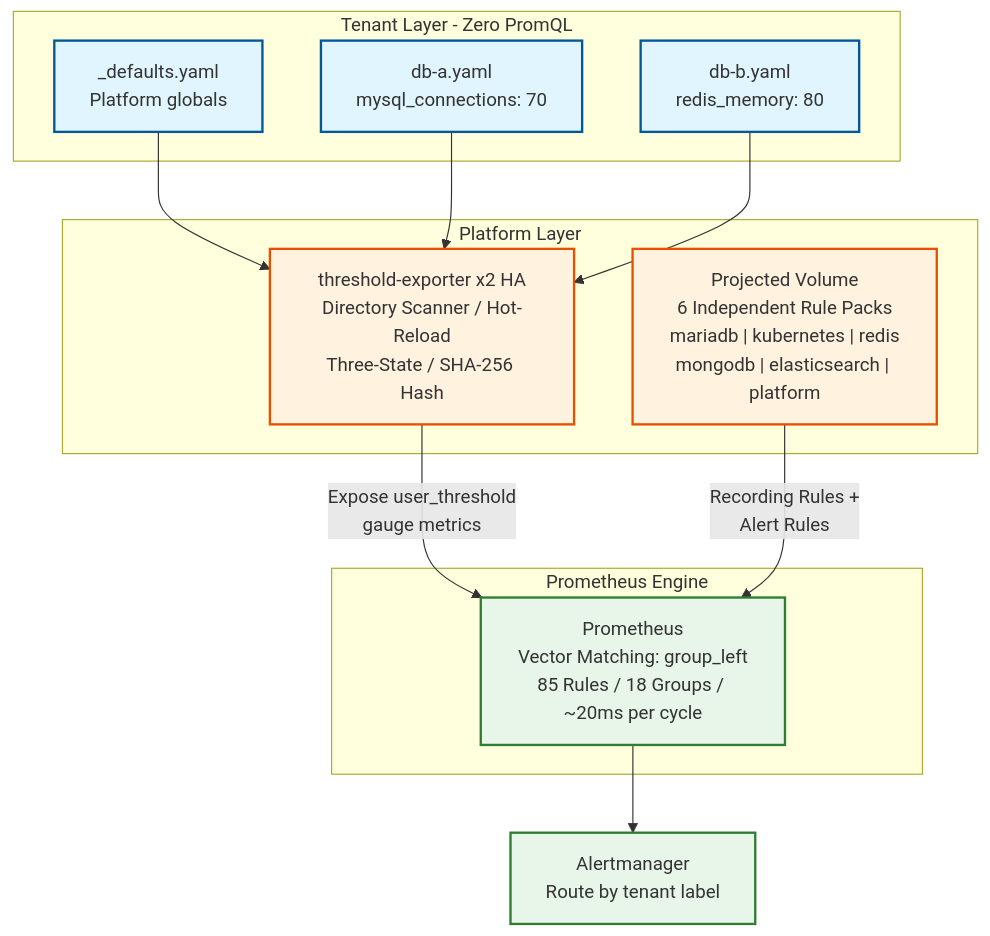
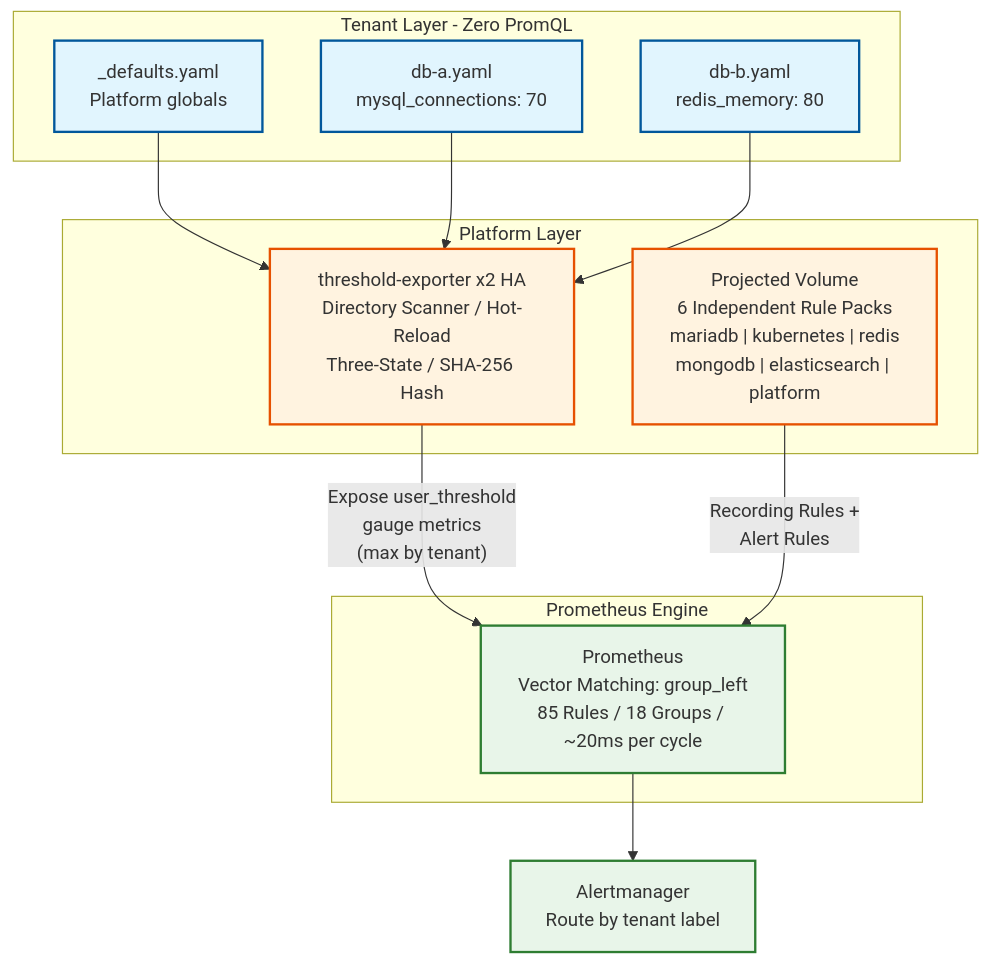
Before and after one commit to vencil/Dynamic-Alerting-Integrations: the second of 2 diagrams in README.md, drawn with Mermaid. The commit also changed 3 other files, not shown here.

````diff
--- a/README.md
+++ b/README.md
@@ -122,31 +122,31 @@
 ```mermaid
 graph TD
     subgraph TL["Tenant Layer - Zero PromQL"]
         D["_defaults.yaml<br/>Platform globals"]
         T1["db-a.yaml<br/>mysql_connections: 70"]
         T2["db-b.yaml<br/>redis_memory: 80"]
     end
 
     subgraph PL["Platform Layer"]
         TE["threshold-exporter x2 HA<br/>Directory Scanner / Hot-Reload<br/>Three-State / SHA-256 Hash"]
         RP["Projected Volume<br/>6 Independent Rule Packs<br/>mariadb | kubernetes | redis<br/>mongodb | elasticsearch | platform"]
     end
 
     subgraph PE["Prometheus Engine"]
         PROM["Prometheus<br/>Vector Matching: group_left<br/>85 Rules / 18 Groups / ~20ms per cycle"]
     end
 
     D --> TE
     T1 --> TE
     T2 --> TE
-    TE -->|"Expose user_threshold<br/>gauge metrics"| PROM
+    TE -->|"Expose user_threshold<br/>gauge metrics<br/>(max by tenant)"| PROM
     RP -->|"Recording Rules +<br/>Alert Rules"| PROM
     PROM --> AM["Alertmanager<br/>Route by tenant label"]
 
     classDef tenant fill:#e1f5fe,stroke:#01579b,stroke-width:2px
     classDef platform fill:#fff3e0,stroke:#e65100,stroke-width:2px
     classDef engine fill:#e8f5e9,stroke:#2e7d32,stroke-width:2px
     class D,T1,T2 tenant
     class TE,RP platform
     class PROM,AM engine
 ```
````
